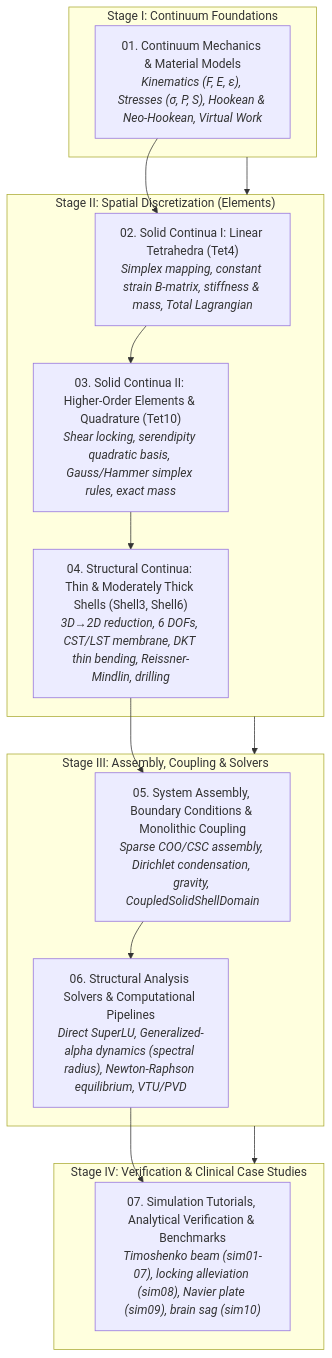
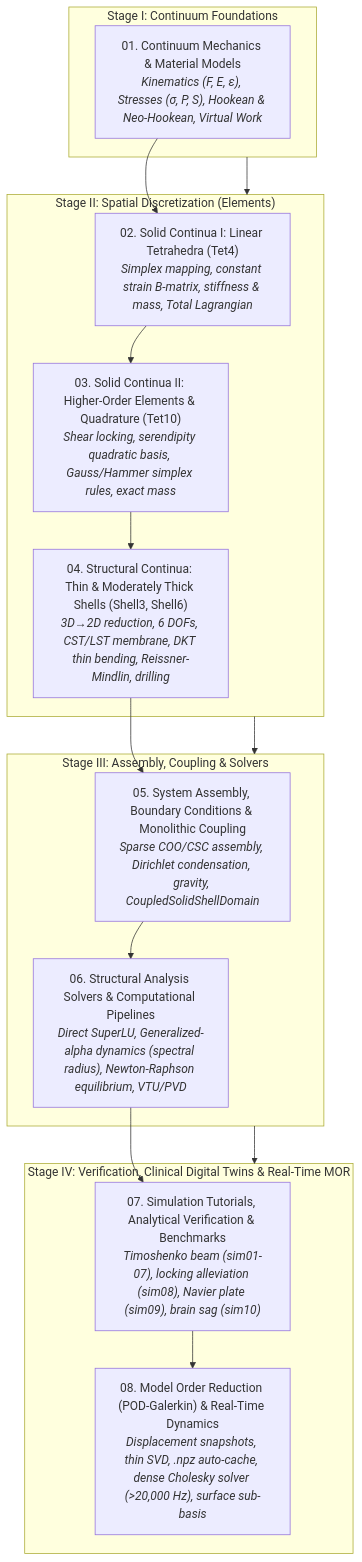
Before and after one commit to tanadul-s/psierra: the diagram in docs/README.md, drawn with Mermaid. The commit also changed other lines of this file and 2 other files, not shown here.

````diff
--- a/docs/README.md
+++ b/docs/README.md
@@ -11,32 +11,34 @@
 ```mermaid
 flowchart TD
     subgraph Stage1["Stage I: Continuum Foundations"]
         D01["01. Continuum Mechanics & Material Models<br/><i>Kinematics (F, E, ε), Stresses (σ, P, S), Hookean & Neo-Hookean, Virtual Work</i>"]
     end
 
     subgraph Stage2["Stage II: Spatial Discretization (Elements)"]
         D02["02. Solid Continua I: Linear Tetrahedra (Tet4)<br/><i>Simplex mapping, constant strain B-matrix, stiffness & mass, Total Lagrangian</i>"]
         D03["03. Solid Continua II: Higher-Order Elements & Quadrature (Tet10)<br/><i>Shear locking, serendipity quadratic basis, Gauss/Hammer simplex rules, exact mass</i>"]
         D04["04. Structural Continua: Thin & Moderately Thick Shells (Shell3, Shell6)<br/><i>3D→2D reduction, 6 DOFs, CST/LST membrane, DKT thin bending, Reissner-Mindlin, drilling</i>"]
     end
 
     subgraph Stage3["Stage III: Assembly, Coupling & Solvers"]
         D05["05. System Assembly, Boundary Conditions & Monolithic Coupling<br/><i>Sparse COO/CSC assembly, Dirichlet condensation, gravity, CoupledSolidShellDomain</i>"]
         D06["06. Structural Analysis Solvers & Computational Pipelines<br/><i>Direct SuperLU, Generalized-alpha dynamics (spectral radius), Newton-Raphson equilibrium, VTU/PVD</i>"]
     end
 
-    subgraph Stage4["Stage IV: Verification & Clinical Case Studies"]
+    subgraph Stage4["Stage IV: Verification, Clinical Digital Twins & Real-Time MOR"]
         D07["07. Simulation Tutorials, Analytical Verification & Benchmarks<br/><i>Timoshenko beam (sim01-07), locking alleviation (sim08), Navier plate (sim09), brain sag (sim10)</i>"]
+        D08["08. Model Order Reduction (POD-Galerkin) & Real-Time Dynamics<br/><i>Displacement snapshots, thin SVD, .npz auto-cache, dense Cholesky solver (>20,000 Hz), surface sub-basis</i>"]
     end
 
     Stage1 --> Stage2
     Stage2 --> Stage3
     Stage3 --> Stage4
 
     D01 --> D02
     D02 --> D03
     D03 --> D04
     D04 --> D05
     D05 --> D06
     D06 --> D07
+    D07 --> D08
 ```
````
